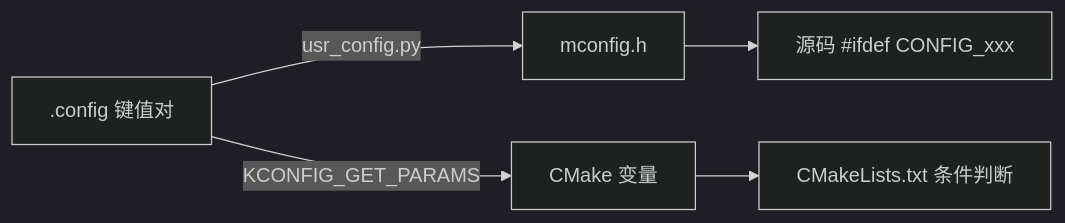
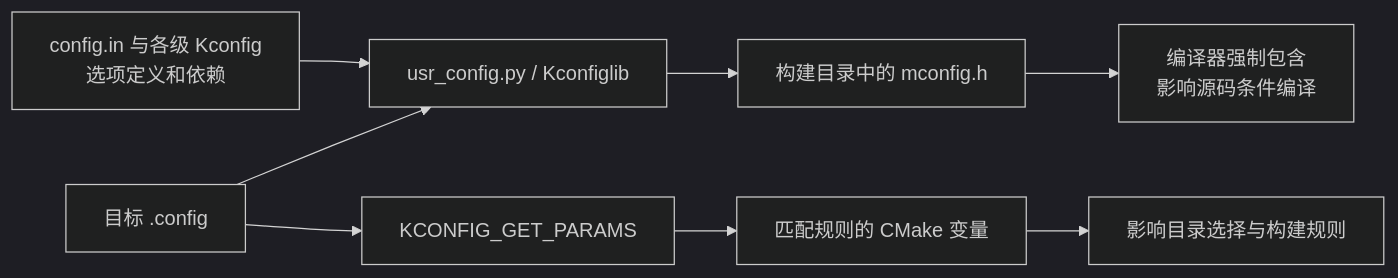
Before and after one commit to sanchuanhehe/fbb_ws53: the third of 3 diagrams in docs/zh-CN/overall-architecture/build-system/index.md, drawn with Mermaid (dark theme). The commit also changed other lines of this file and 29 other files, not shown here.

````diff
--- a/docs/zh-CN/overall-architecture/build-system/index.md
+++ b/docs/zh-CN/overall-architecture/build-system/index.md
@@ -110,7 +101,10 @@
 ```mermaid
 flowchart LR
-    DOT[.config 键值对] -->|usr_config.py| MH[mconfig.h]
-    DOT -->|KCONFIG_GET_PARAMS| CMAKE[CMake 变量]
-    MH --> SRC["源码 #ifdef CONFIG_xxx"]
-    CMAKE --> CML["CMakeLists.txt 条件判断"]
+    DEF["config.in 与各级 Kconfig<br/>选项定义和依赖"] --> KC["usr_config.py / Kconfiglib"]
+    DOT["目标 .config"] --> KC
+    KC --> HEADER["构建目录中的 mconfig.h"]
+    HEADER --> CC["编译器强制包含<br/>影响源码条件编译"]
+    DOT --> READ["KCONFIG_GET_PARAMS"]
+    READ --> VAR["匹配规则的 CMake 变量"]
+    VAR --> SELECT["影响目录选择与构建规则"]
 ```
````
